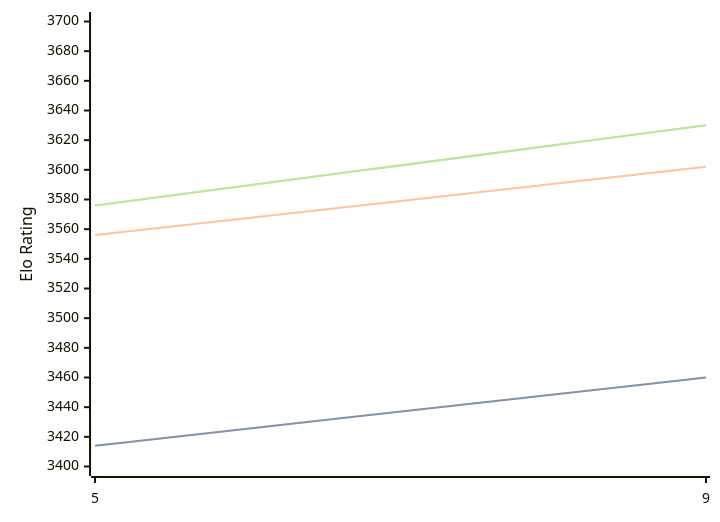
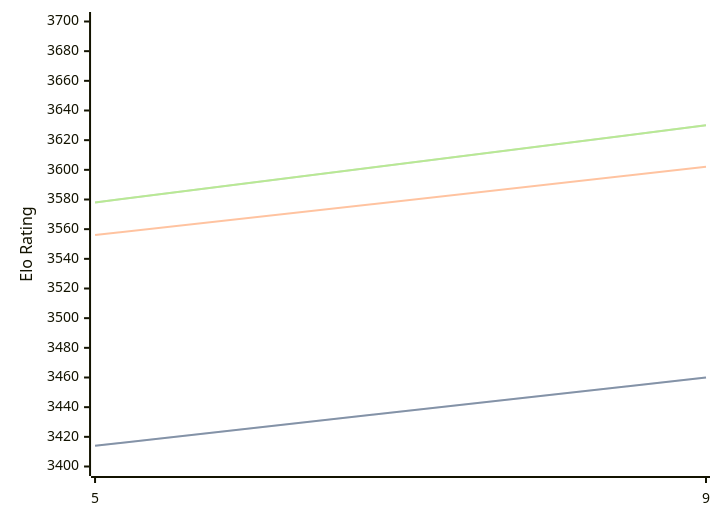
The diagram in engines/Crystal.md (computer-chess-index/cci), drawn with Mermaid before and after one commit. The commit also changed other lines of this file, not shown here.

Commit message:
Update CCI Ratings (ELO VLTC) - 2026-04-25

````diff
--- a/engines/Crystal.md
+++ b/engines/Crystal.md
@@ -60,11 +60,11 @@
 ```mermaid
 %%{init: {"theme":"base","themeVariables":{"seriesColors:['#a3a3a3','#222221','#faa371']}}}%%
 xychart-beta
   x-axis ["5", "9"]
   y-axis "Elo Rating" 3400 --> 3700
   line "STC (8.0+0.08s)" [3414, 3460]
   line "STC (8.0+0.08s)" [3414, 3460]
   line "LTC (60.0+0.60s)" [3556, 3602]
-  line "VLTC (2m24s+1.12s)" [3576, 3630]
-  line "VLTC (2m24s+1.12s)" [3576, 3630]
+  line "VLTC (2m24s+1.12s)" [3578, 3630]
+  line "VLTC (2m24s+1.12s)" [3578, 3630]
 ```
````
